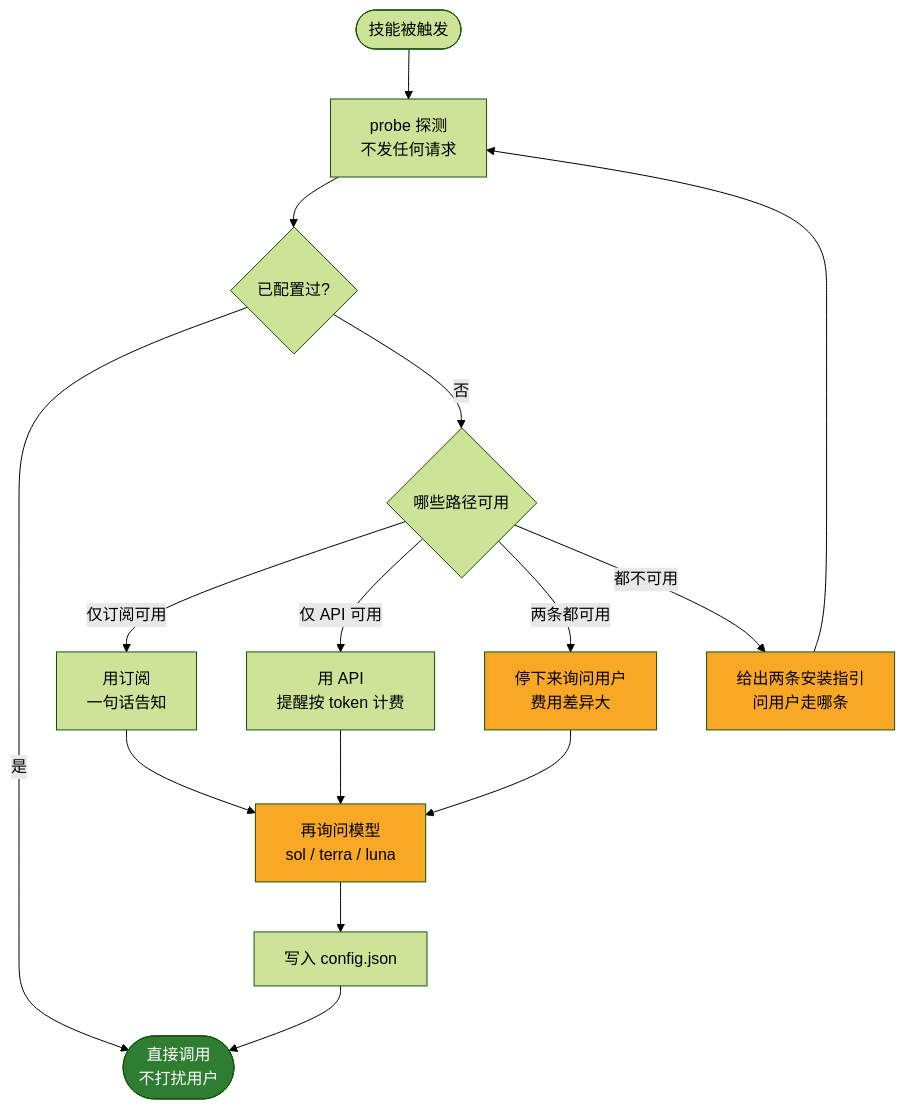
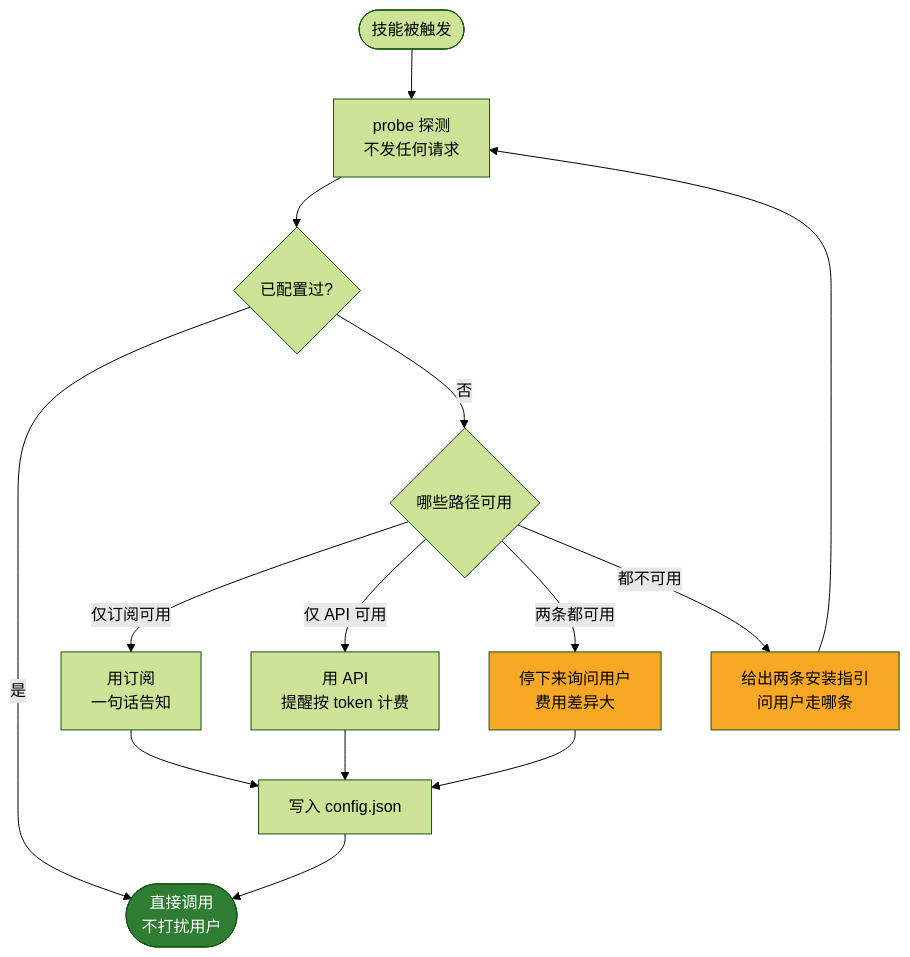
The second of 3 diagrams in README.md (Stefansong/ask-gpt), drawn with Mermaid (forest theme) before and after one commit. The commit also changed other lines of this file and 2 other files, not shown here.

````diff
--- a/README.md
+++ b/README.md
@@ -46,22 +103,20 @@
 ```mermaid
 flowchart TD
     A(["技能被触发"]) --> B["probe 探测<br/>不发任何请求"]
     B --> C{"已配置过?"}
     C -->|是| Z(["直接调用<br/>不打扰用户"])
     C -->|否| D{"哪些路径可用"}
     D -->|仅订阅可用| E["用订阅<br/>一句话告知"]
     D -->|仅 API 可用| F["用 API<br/>提醒按 token 计费"]
     D -->|两条都可用| G["停下来询问用户<br/>费用差异大"]
     D -->|都不可用| H["给出两条安装指引<br/>问用户走哪条"]
-    E --> I["再询问模型<br/>sol / terra / luna"]
-    F --> I
-    G --> I
-    I --> J["写入 config.json"]
+    E --> J["写入 config.json"]
+    F --> J
+    G --> J
     J --> Z
     H --> B
 
     style G fill:#f9a825,color:#000
     style H fill:#f9a825,color:#000
-    style I fill:#f9a825,color:#000
     style Z fill:#2e7d32,color:#fff
 ```
````
